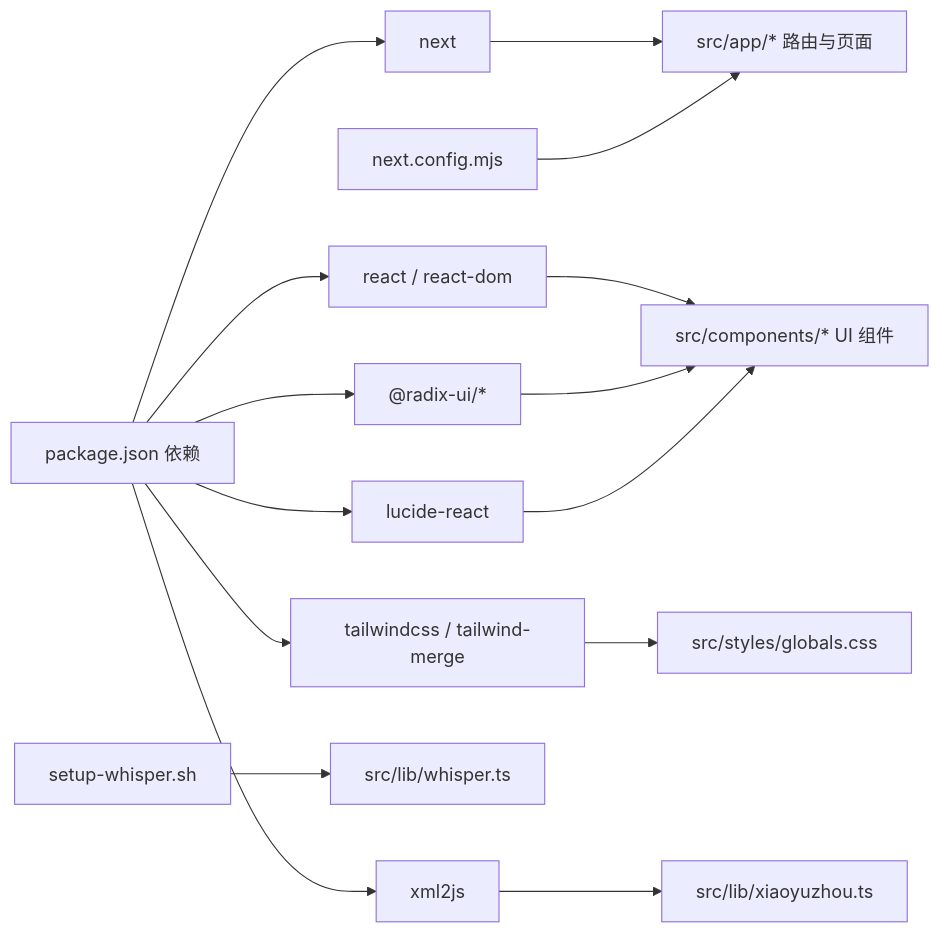
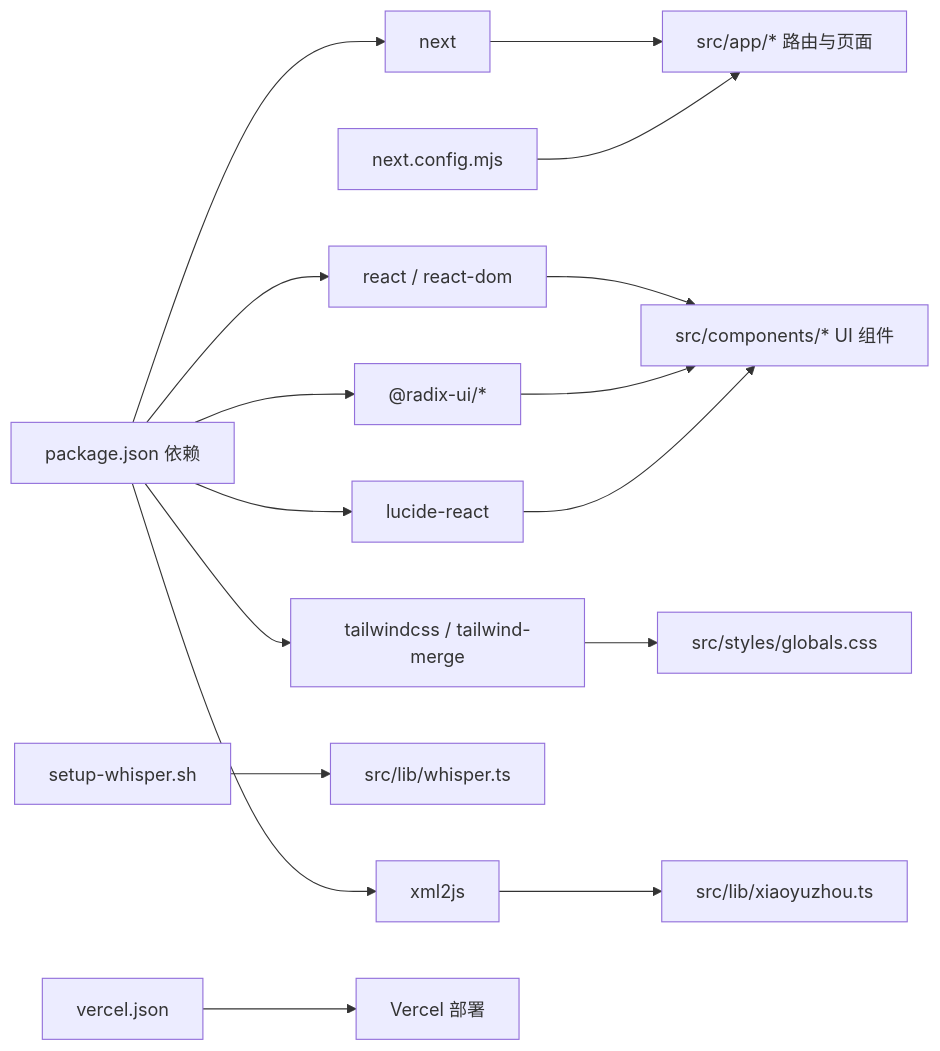
One commit to clawbotai/memo-flow changed the sixth of 6 diagrams in .qoder/repowiki/zh/content/项目概述.md. Above: the diagram before and after it, drawn with Mermaid. The commit also changed other lines of this file and 5 other files, not shown here.

````diff
--- a/.qoder/repowiki/zh/content/项目概述.md
+++ b/.qoder/repowiki/zh/content/项目概述.md
@@ -336,17 +335,18 @@
 ```mermaid
 graph LR
 PKG["package.json 依赖"] --> NEXT["next"]
 PKG --> REACT["react / react-dom"]
 PKG --> TAILWIND["tailwindcss / tailwind-merge"]
 PKG --> RADIX["@radix-ui/*"]
 PKG --> ICONS["lucide-react"]
 PKG --> XML["xml2js"]
 NEXT --> APP["src/app/* 路由与页面"]
 REACT --> UI["src/components/* UI 组件"]
 TAILWIND --> CSS["src/styles/globals.css"]
 RADIX --> UI
 ICONS --> UI
 XML --> XZ["src/lib/xiaoyuzhou.ts"]
 SH["setup-whisper.sh"] --> WT["src/lib/whisper.ts"]
 NC["next.config.mjs"] --> APP
+V["vercel.json"] --> DEPLOY["Vercel 部署"]
 ```
````
